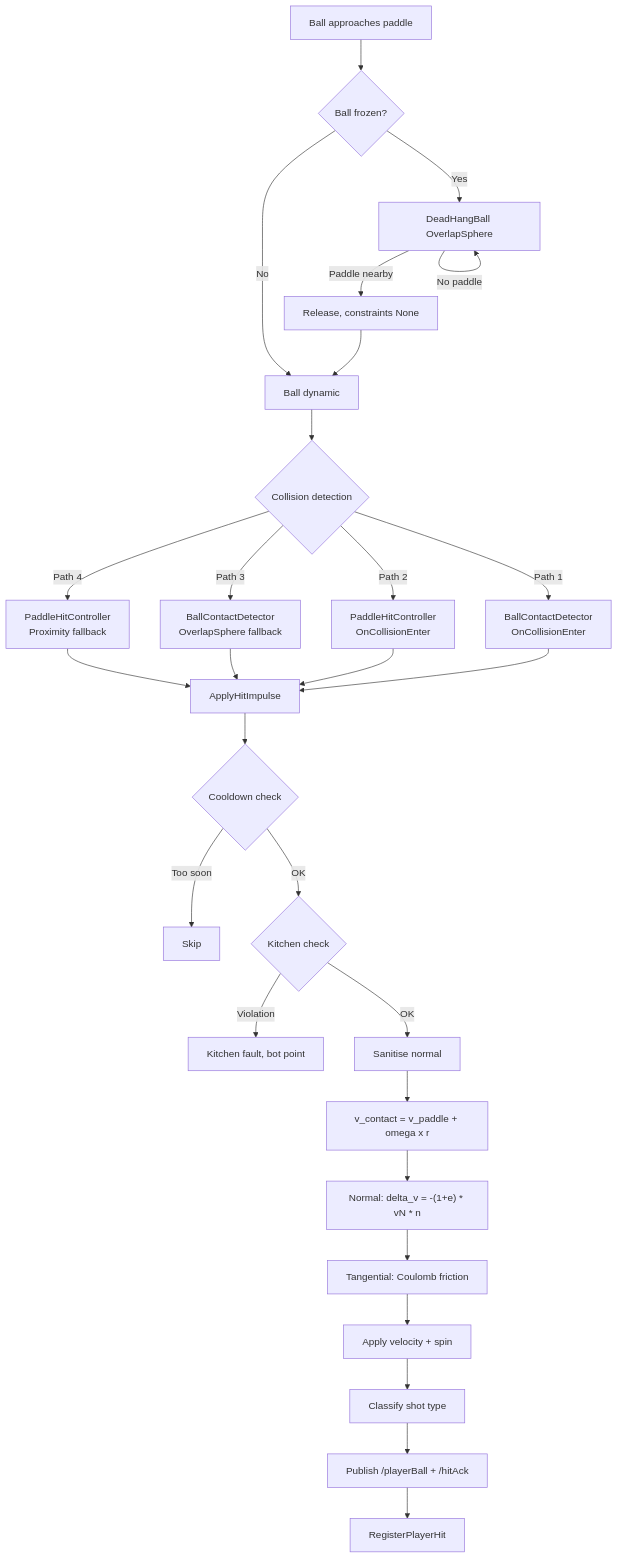
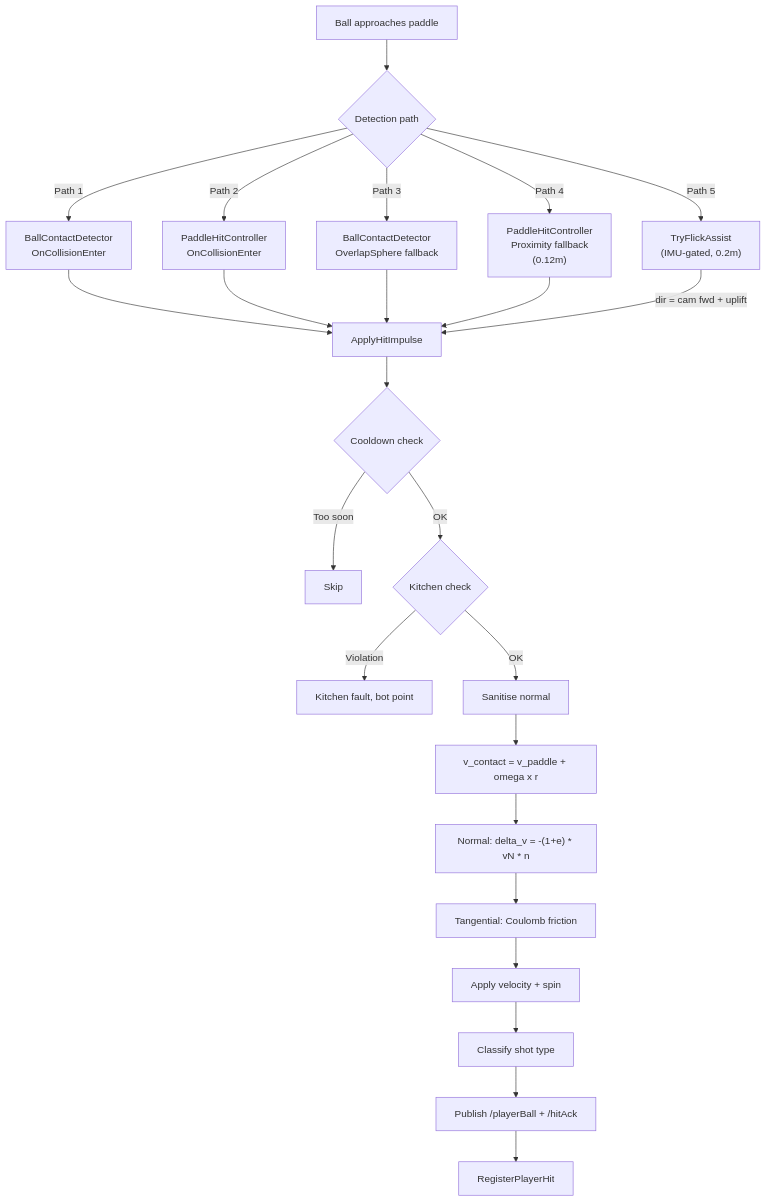
Before and after one commit to CG4002-AY2526S2-B03/Capstone_AR_Pickleball_Gameplay: the tenth of 11 diagrams in Docs/UML_Diagrams.md, drawn with Mermaid. The commit also changed other lines of this file and 3 other files, not shown here.

Commit message:
Add GetBallRigidbody; document Flick Assist

````diff
--- a/Docs/UML_Diagrams.md
+++ b/Docs/UML_Diagrams.md
@@ -558,36 +546,29 @@
 ```mermaid
 flowchart TD
-    A[Ball approaches paddle] --> B{Ball frozen?}
-
-    B -->|Yes| C[DeadHangBall OverlapSphere]
-    C -->|Paddle nearby| D[Release, constraints None]
-    D --> E[Ball dynamic]
-    C -->|No paddle| C
-
-    B -->|No| E
-
-    E --> F{Collision detection}
+    A[Ball approaches paddle] --> F{Detection path}
 
     F -->|Path 1| G["BallContactDetector\nOnCollisionEnter"]
     F -->|Path 2| H["PaddleHitController\nOnCollisionEnter"]
     F -->|Path 3| I["BallContactDetector\nOverlapSphere fallback"]
-    F -->|Path 4| J["PaddleHitController\nProximity fallback"]
+    F -->|Path 4| J["PaddleHitController\nProximity fallback\n(0.12m)"]
+    F -->|Path 5| J2["TryFlickAssist\n(IMU-gated, 0.2m)"]
 
     G --> K[ApplyHitImpulse]
     H --> K
     I --> K
     J --> K
+    J2 -->|"dir = cam fwd + uplift"| K
 
     K --> L{Cooldown check}
     L -->|Too soon| M[Skip]
     L -->|OK| N{Kitchen check}
     N -->|Violation| O[Kitchen fault, bot point]
     N -->|OK| P[Sanitise normal]
     P --> Q["v_contact = v_paddle + omega x r"]
     Q --> R["Normal: delta_v = -(1+e) * vN * n"]
     R --> S["Tangential: Coulomb friction"]
     S --> T[Apply velocity + spin]
     T --> U[Classify shot type]
     U --> V["Publish /playerBall + /hitAck"]
     V --> W[RegisterPlayerHit]
 ```
````
